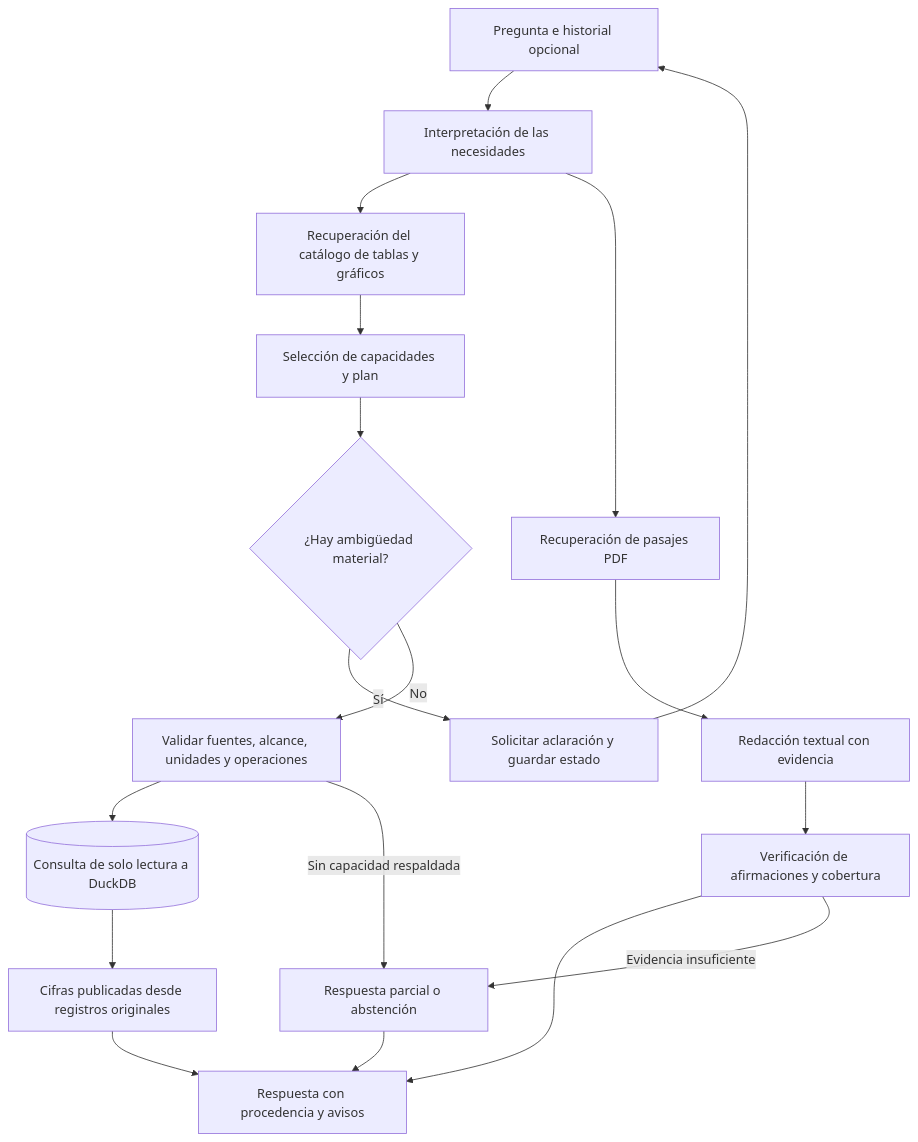
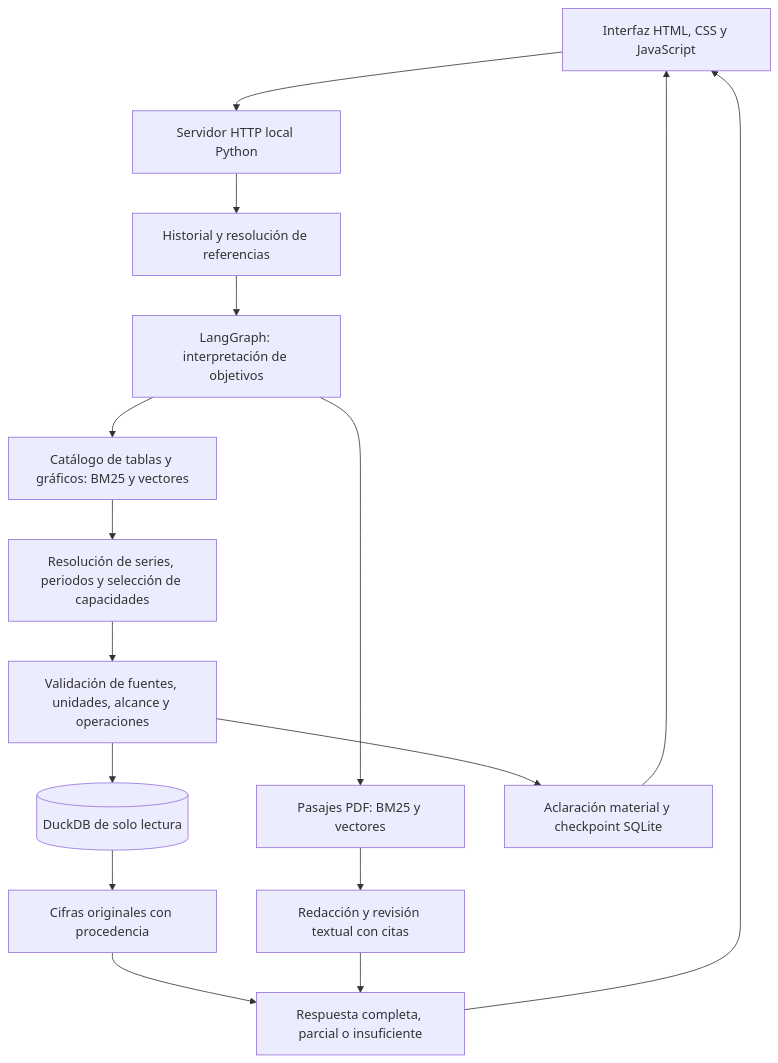
The diagram in RAG/README.md (MartinHerreraRoncero/Portfolio-data-science), drawn with Mermaid before and after one commit. The commit also changed other lines of this file and 26 other files, not shown here.

Commit message:
Publicar runtime actual del RAG con interfaz de chat y guía de arquitectura

````diff
--- a/RAG/README.md
+++ b/RAG/README.md
@@ -11,20 +36,18 @@
 ```mermaid
 flowchart TD
-    Q[Pregunta e historial opcional] --> I[Interpretación de las necesidades]
-    I --> C[Recuperación del catálogo de tablas y gráficos]
-    I --> D[Recuperación de pasajes PDF]
-    C --> P[Selección de capacidades y plan]
-    P --> A{¿Hay ambigüedad material?}
-    A -- Sí --> H[Solicitar aclaración y guardar estado]
-    H --> Q
-    A -- No --> V[Validar fuentes, alcance, unidades y operaciones]
-    V --> DB[(Consulta de solo lectura a DuckDB)]
-    DB --> N[Cifras publicadas desde registros originales]
-    D --> T[Redacción textual con evidencia]
-    T --> R[Verificación de afirmaciones y cobertura]
-    N --> F[Respuesta con procedencia y avisos]
-    R --> F
-    V -- Sin capacidad respaldada --> S[Respuesta parcial o abstención]
-    R -- Evidencia insuficiente --> S
-    S --> F
+    UI[Interfaz HTML, CSS y JavaScript] --> HTTP[Servidor HTTP local Python]
+    HTTP --> CHAT[Historial y resolución de referencias]
+    CHAT --> I[LangGraph: interpretación de objetivos]
+    I --> C[Catálogo de tablas y gráficos: BM25 y vectores]
+    I --> D[Pasajes PDF: BM25 y vectores]
+    C --> P[Resolución de series, periodos y selección de capacidades]
+    P --> V[Validación de fuentes, unidades, alcance y operaciones]
+    V --> DB[(DuckDB de solo lectura)]
+    DB --> N[Cifras originales con procedencia]
+    D --> T[Redacción y revisión textual con citas]
+    N --> F[Respuesta completa, parcial o insuficiente]
+    T --> F
+    V --> A[Aclaración material y checkpoint SQLite]
+    A --> UI
+    F --> UI
 ```
````
